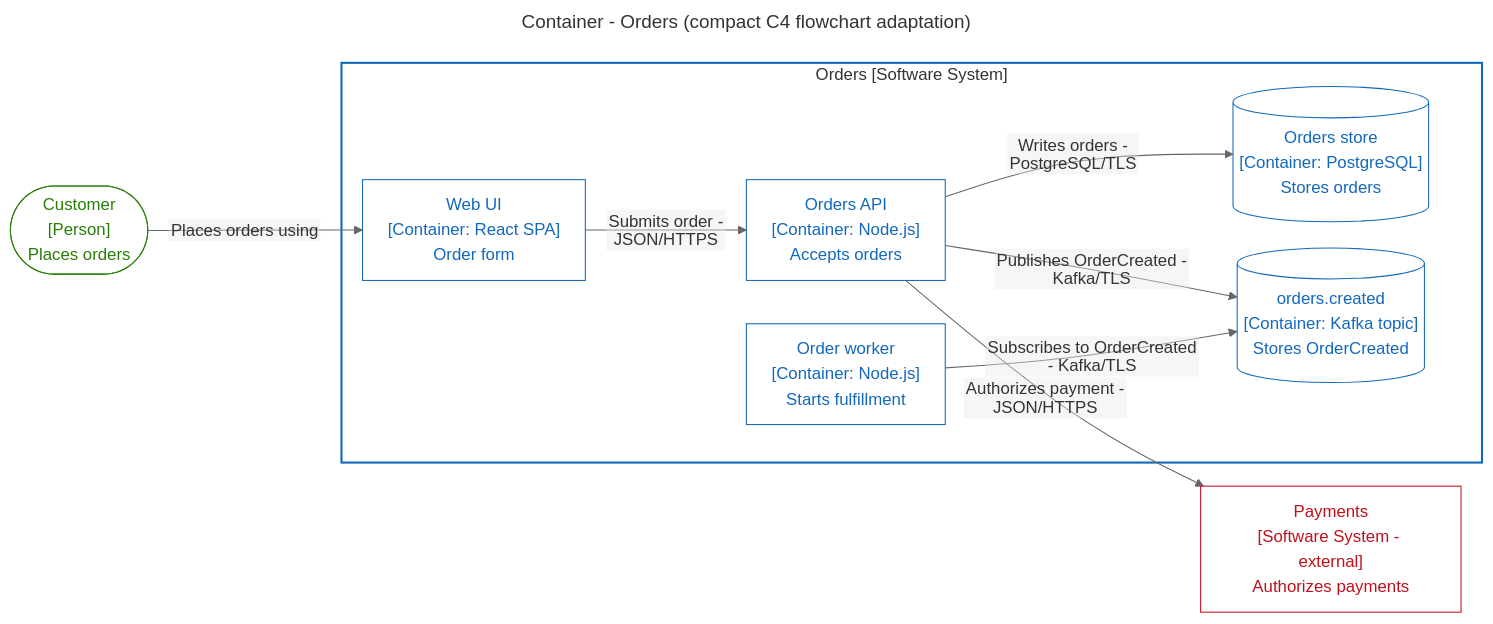
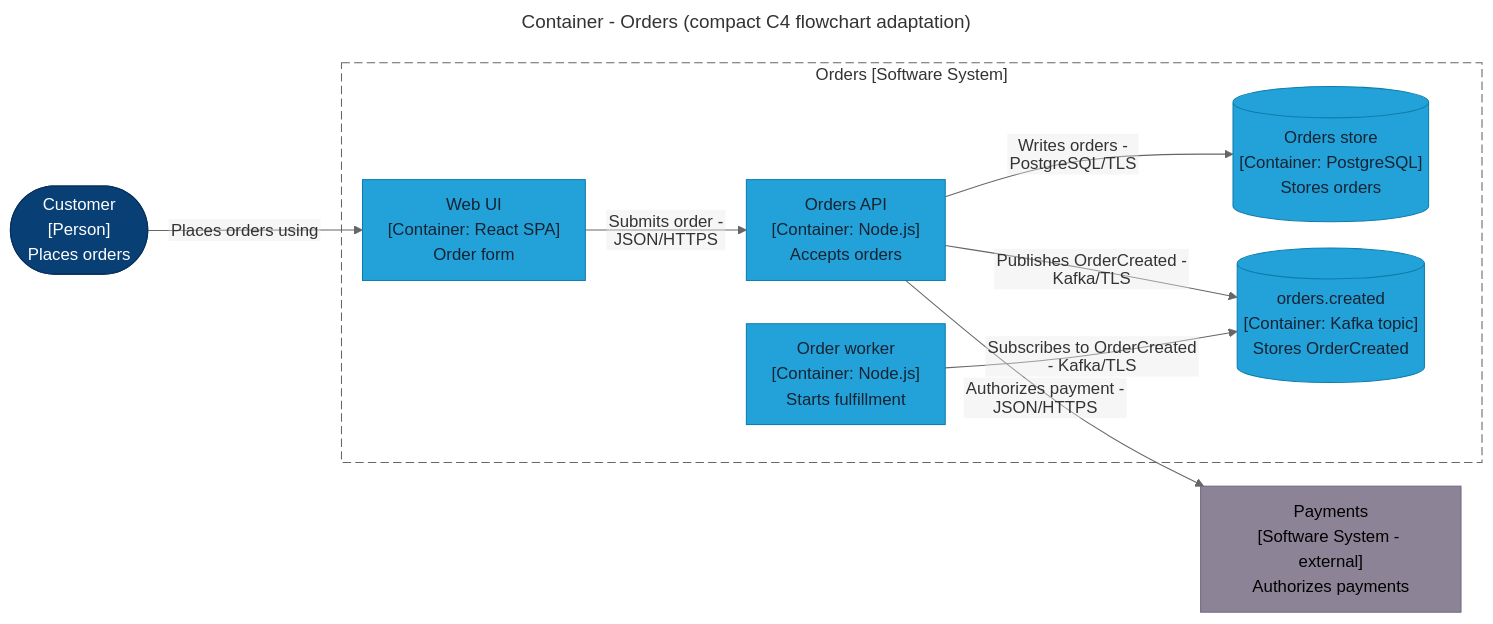
Before and after one commit to eccodolf/c4-mermaid: the diagram in plugins/c4-mermaid/skills/c4-mermaid/assets/templates/container-flowchart.mmd, drawn with Mermaid. The commit also changed 134 other files, not shown here.

Commit message:
Require supplied native C4 assets and bundle reusable draw.io library

```diff
--- a/plugins/c4-mermaid/skills/c4-mermaid/assets/templates/container-flowchart.mmd
+++ b/plugins/c4-mermaid/skills/c4-mermaid/assets/templates/container-flowchart.mmd
@@ -1,38 +1,41 @@
 ---
 title: Container - Orders (compact C4 flowchart adaptation)
 config:
   flowchart:
     nodeSpacing: 25
     rankSpacing: 40
     padding: 12
     htmlLabels: false
 ---
 flowchart LR
   customer(["Customer<br/>[Person]<br/>Places orders"])
   payments["Payments<br/>[Software System - external]<br/>Authorizes payments"]
   subgraph orders["Orders [Software System]"]
     web["Web UI<br/>[Container: React SPA]<br/>Order form"]
     api["Orders API<br/>[Container: Node.js]<br/>Accepts orders"]
     db[("Orders store<br/>[Container: PostgreSQL]<br/>Stores orders")]
     topic[("orders.created<br/>[Container: Kafka topic]<br/>Stores OrderCreated")]
     worker["Order worker<br/>[Container: Node.js]<br/>Starts fulfillment"]
   end
   customer -->|"Places orders using"| web
   web -->|"Submits order - JSON/HTTPS"| api
   api -->|"Writes orders - PostgreSQL/TLS"| db
   api -->|"Authorizes payment - JSON/HTTPS"| payments
   api -->|"Publishes OrderCreated - Kafka/TLS"| topic
   worker -->|"Subscribes to OrderCreated - Kafka/TLS"| topic
-  classDef person fill:#FFFFFF,stroke:#297E06,color:#297E06
-  classDef internal fill:#FFFFFF,stroke:#1168BD,color:#1168BD
-  classDef external fill:#FFFFFF,stroke:#BF101D,color:#BF101D
+  classDef person fill:#083F75,stroke:#06315C,color:#FFFFFF
+  classDef internal fill:#23A2D9,stroke:#0E7DAD,color:#152332
+  classDef external fill:#8C8496,stroke:#736782,color:#000000
   class customer person
   class web,api,db,topic,worker internal
   class payments external
-  style orders fill:#FFFFFF,stroke:#1168BD,stroke-width:2px,color:#1168BD
+  style orders fill:none,stroke:#666666,stroke-width:1px,stroke-dasharray:8 4,color:#333333
   linkStyle default stroke:#666666,color:#333333
 
-%% legend: White fill with identity-colored outlines. Green = person, blue = Orders elements, red = external Payments.
+%% legend: Canonical draw.io C4 roles: dark blue Person, blue System, cyan Container, light cyan Component, muted violet external System. Mermaid glyphs adapt the native assets.
 %% legend: Capsule adapts the person glyph. Plain rectangles adapt application glyphs. Cylinders are typed logical stores, including a Kafka topic.
-%% legend: Blue solid frame = software-system boundary. Arrows = named dependencies with protocols. The compact companion legend must remain visible with the diagram/export.
+%% legend: Gray dashed frame = software-system boundary. Arrows = named dependencies with protocols. The compact companion legend must remain visible with the diagram/export.
 %% legend: Sizes accommodate content and carry no extra architectural meaning. Neutral relationship colors add no extra meaning. Arrowheads indicate the labeled direction.
+
+
+%% legend: Exact C4 shapes require the native draw.io companion; Mermaid syntax cannot import the native assets.
```
